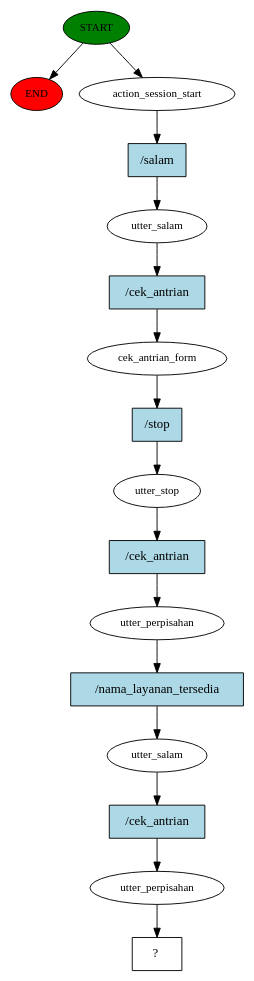
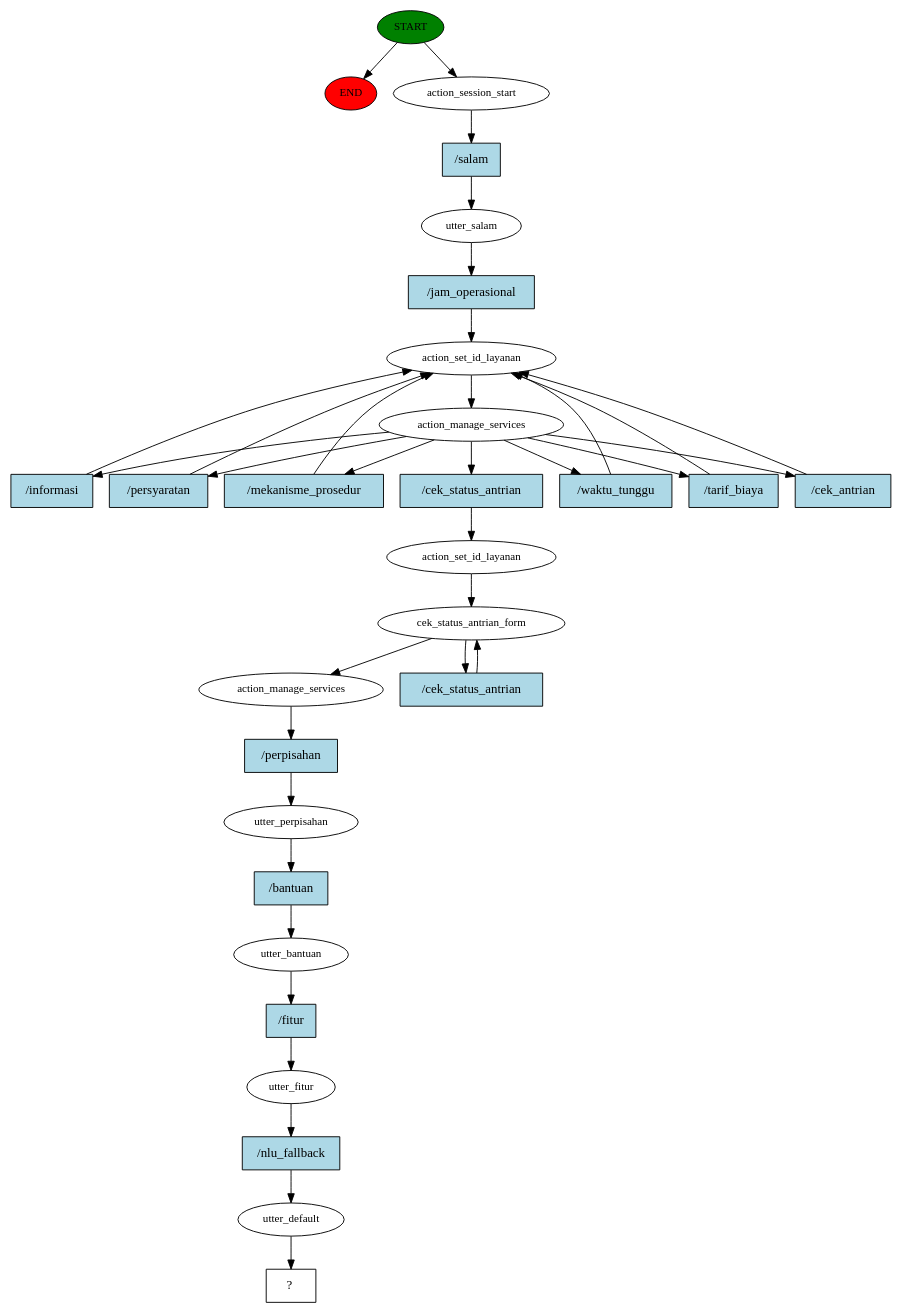
The diagram in story_graph.dot (Fadlar/bot), drawn with Graphviz before and after one commit. The commit also changed 6 other files, not shown here.

```diff
--- a/story_graph.dot
+++ b/story_graph.dot
@@ -1,33 +1,64 @@
 digraph  {
 0 [class="start active", fillcolor=green, fontsize=12, label=START, style=filled];
 "-1" [class=end, fillcolor=red, fontsize=12, label=END, style=filled];
 1 [class=active, fontsize=12, label=action_session_start];
 2 [class=active, fontsize=12, label=utter_salam];
-3 [class=active, fontsize=12, label=cek_antrian_form];
-4 [class=active, fontsize=12, label=utter_stop];
-5 [class=active, fontsize=12, label=utter_perpisahan];
-6 [class=active, fontsize=12, label=utter_salam];
-7 [class=active, fontsize=12, label=utter_perpisahan];
-8 [class="intent dashed active", label="  ?  ", shape=rect];
-9 [class="intent active", fillcolor=lightblue, label="/salam", shape=rect, style=filled];
-10 [class="intent active", fillcolor=lightblue, label="/cek_antrian", shape=rect, style=filled];
-11 [class="intent active", fillcolor=lightblue, label="/stop", shape=rect, style=filled];
-12 [class="intent active", fillcolor=lightblue, label="/cek_antrian", shape=rect, style=filled];
-13 [class="intent active", fillcolor=lightblue, label="/nama_layanan_tersedia", shape=rect, style=filled];
-14 [class="intent active", fillcolor=lightblue, label="/cek_antrian", shape=rect, style=filled];
+3 [class=active, fontsize=12, label=action_set_id_layanan];
+4 [class=active, fontsize=12, label=action_manage_services];
+17 [class=active, fontsize=12, label=action_set_id_layanan];
+18 [class=active, fontsize=12, label=cek_status_antrian_form];
+21 [class=active, fontsize=12, label=action_manage_services];
+22 [class=active, fontsize=12, label=utter_perpisahan];
+23 [class=active, fontsize=12, label=utter_bantuan];
+24 [class=active, fontsize=12, label=utter_fitur];
+25 [class=active, fontsize=12, label=utter_default];
+26 [class="intent dashed active", label="  ?  ", shape=rect];
+27 [class="intent active", fillcolor=lightblue, label="/salam", shape=rect, style=filled];
+28 [class="intent active", fillcolor=lightblue, label="/jam_operasional", shape=rect, style=filled];
+29 [class="intent active", fillcolor=lightblue, label="/informasi", shape=rect, style=filled];
+30 [class="intent active", fillcolor=lightblue, label="/persyaratan", shape=rect, style=filled];
+31 [class="intent active", fillcolor=lightblue, label="/mekanisme_prosedur", shape=rect, style=filled];
+32 [class="intent active", fillcolor=lightblue, label="/waktu_tunggu", shape=rect, style=filled];
+33 [class="intent active", fillcolor=lightblue, label="/tarif_biaya", shape=rect, style=filled];
+34 [class="intent active", fillcolor=lightblue, label="/cek_antrian", shape=rect, style=filled];
+35 [class="intent active", fillcolor=lightblue, label="/cek_status_antrian", shape=rect, style=filled];
+36 [class="intent active", fillcolor=lightblue, label="/cek_status_antrian", shape=rect, style=filled];
+37 [class="intent active", fillcolor=lightblue, label="/perpisahan", shape=rect, style=filled];
+38 [class="intent active", fillcolor=lightblue, label="/bantuan", shape=rect, style=filled];
+39 [class="intent active", fillcolor=lightblue, label="/fitur", shape=rect, style=filled];
+40 [class="intent active", fillcolor=lightblue, label="/nlu_fallback", shape=rect, style=filled];
 0 -> "-1"  [class="", key=NONE, label=""];
 0 -> 1  [class=active, key=NONE, label=""];
-1 -> 9  [class=active, key=0];
-2 -> 10  [class=active, key=0];
-3 -> 11  [class=active, key=0];
-4 -> 12  [class=active, key=0];
-5 -> 13  [class=active, key=0];
-6 -> 14  [class=active, key=0];
-7 -> 8  [class=active, key=NONE, label=""];
-9 -> 2  [class=active, key=0];
-10 -> 3  [class=active, key=0];
-11 -> 4  [class=active, key=0];
-12 -> 5  [class=active, key=0];
-13 -> 6  [class=active, key=0];
-14 -> 7  [class=active, key=0];
+1 -> 27  [class=active, key=0];
+2 -> 28  [class=active, key=0];
+3 -> 4  [class=active, key=NONE, label=""];
+4 -> 29  [class=active, key=0];
+4 -> 30  [class=active, key=0];
+4 -> 31  [class=active, key=0];
+4 -> 32  [class=active, key=0];
+4 -> 33  [class=active, key=0];
+4 -> 34  [class=active, key=0];
+4 -> 35  [class=active, key=0];
+17 -> 18  [class=active, key=NONE, label=""];
+18 -> 21  [class=active, key=NONE, label=""];
+18 -> 36  [class=active, key=0];
+21 -> 37  [class=active, key=0];
+22 -> 38  [class=active, key=0];
+23 -> 39  [class=active, key=0];
+24 -> 40  [class=active, key=0];
+25 -> 26  [class=active, key=NONE, label=""];
+27 -> 2  [class=active, key=0];
+28 -> 3  [class=active, key=0];
+29 -> 3  [class=active, key=0];
+30 -> 3  [class=active, key=0];
+31 -> 3  [class=active, key=0];
+32 -> 3  [class=active, key=0];
+33 -> 3  [class=active, key=0];
+34 -> 3  [class=active, key=0];
+35 -> 17  [class=active, key=0];
+36 -> 18  [class=active, key=0];
+37 -> 22  [class=active, key=0];
+38 -> 23  [class=active, key=0];
+39 -> 24  [class=active, key=0];
+40 -> 25  [class=active, key=0];
 }
```
